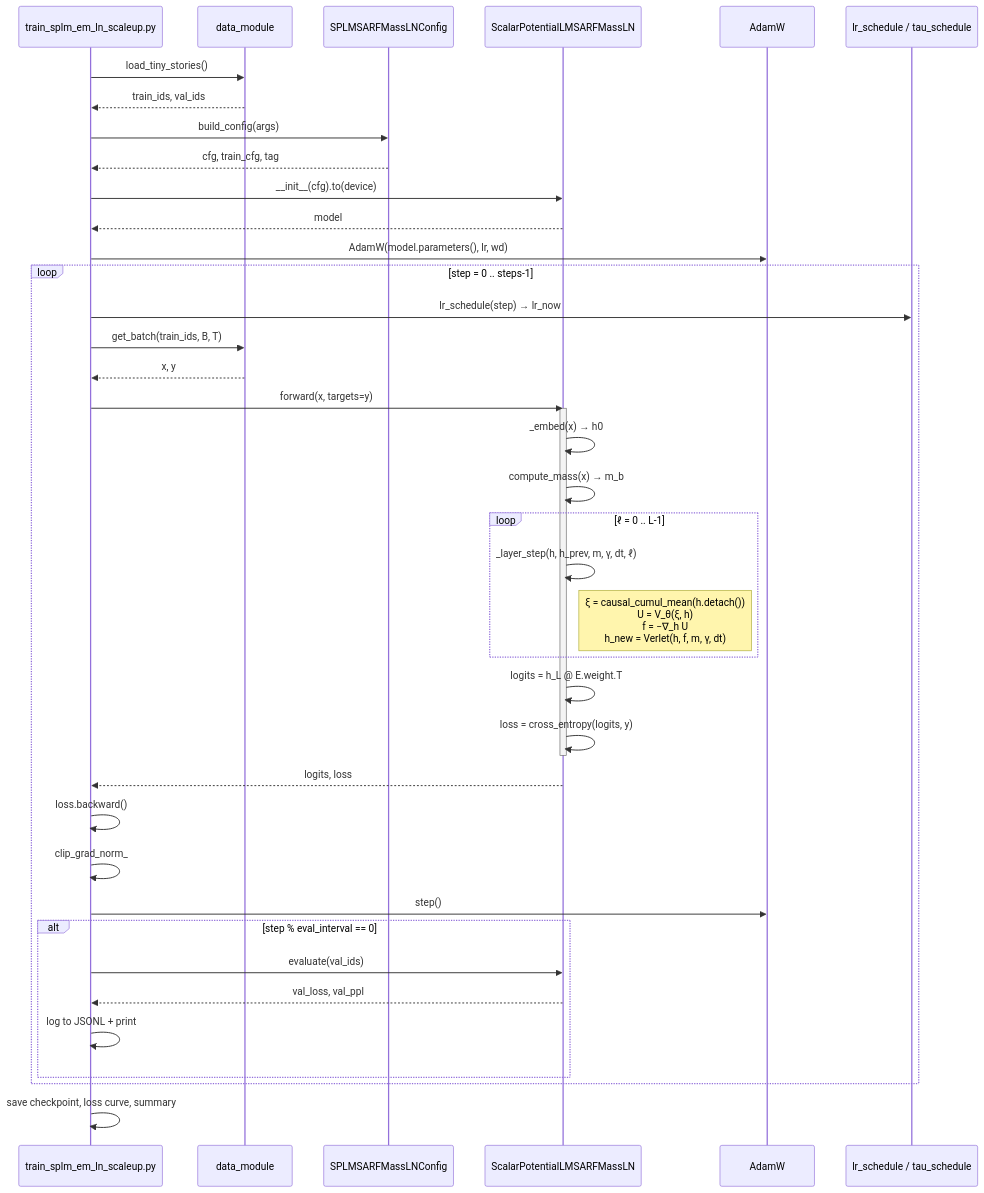
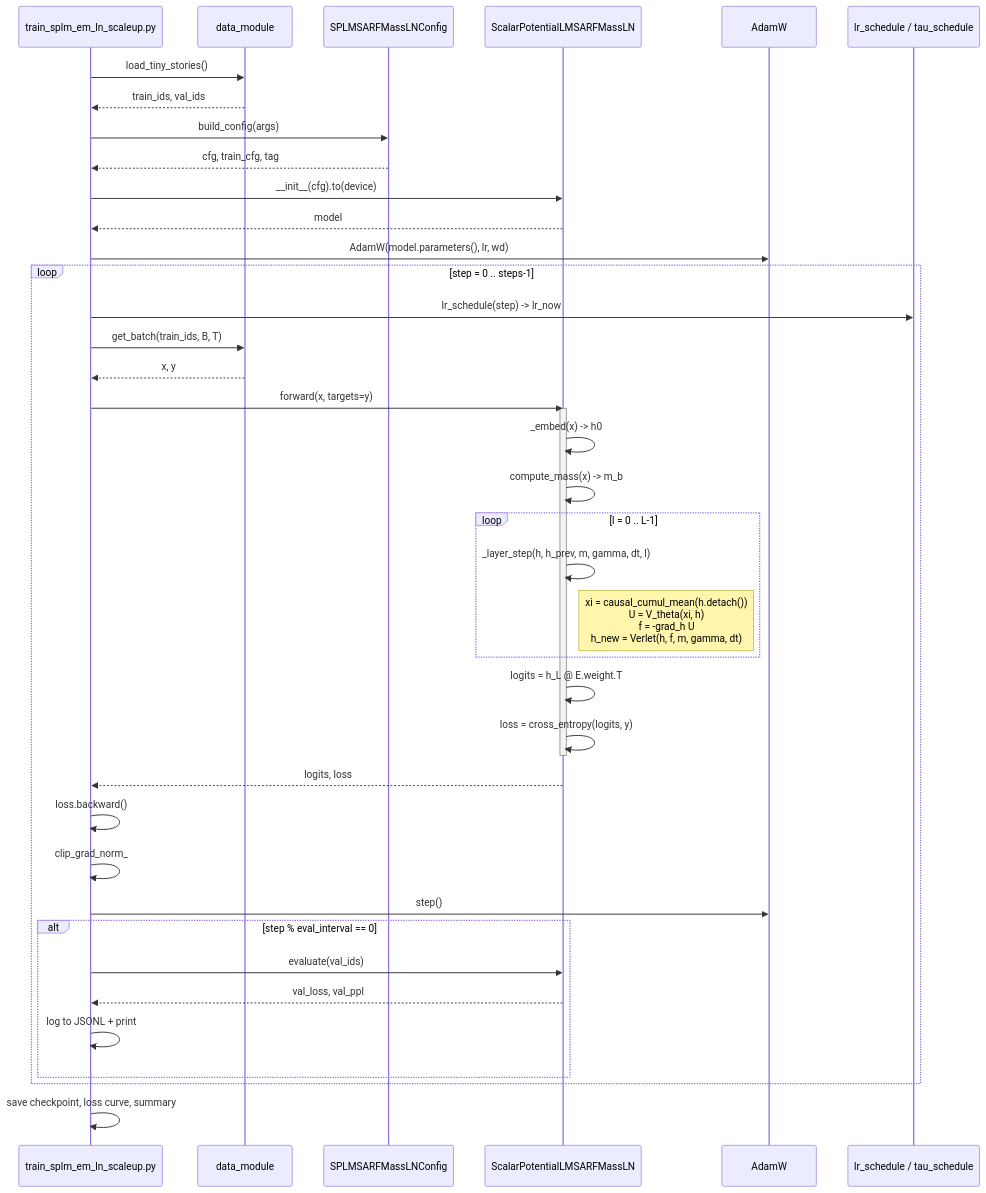
Diagram 13 of 17 in SOFTWARE_ARCHITECTURE.md (dimitarpg13/semsimula-paper), drawn with Mermaid before and after one commit. The commit also changed other lines of this file, not shown here.

Commit message:
add software class diagrams markdown

````diff
--- a/SOFTWARE_ARCHITECTURE.md
+++ b/SOFTWARE_ARCHITECTURE.md
@@ -874,51 +921,51 @@
 ```mermaid
 sequenceDiagram
     participant Main as train_splm_em_ln_scaleup.py
     participant DM as data_module
     participant Cfg as SPLMSARFMassLNConfig
     participant Model as ScalarPotentialLMSARFMassLN
     participant Optim as AdamW
     participant Sched as lr_schedule / tau_schedule
 
     Main->>DM: load_tiny_stories()
     DM-->>Main: train_ids, val_ids
 
     Main->>Cfg: build_config(args)
     Cfg-->>Main: cfg, train_cfg, tag
 
     Main->>Model: __init__(cfg).to(device)
     Model-->>Main: model
 
     Main->>Optim: AdamW(model.parameters(), lr, wd)
 
     loop step = 0 .. steps-1
-        Main->>Sched: lr_schedule(step) → lr_now
+        Main->>Sched: lr_schedule(step) -> lr_now
         Main->>DM: get_batch(train_ids, B, T)
         DM-->>Main: x, y
 
         Main->>Model: forward(x, targets=y)
         activate Model
-        Model->>Model: _embed(x) → h0
-        Model->>Model: compute_mass(x) → m_b
-        loop ℓ = 0 .. L-1
-            Model->>Model: _layer_step(h, h_prev, m, γ, dt, ℓ)
-            Note right of Model: ξ = causal_cumul_mean(h.detach())<br/>U = V_θ(ξ, h)<br/>f = −∇_h U<br/>h_new = Verlet(h, f, m, γ, dt)
+        Model->>Model: _embed(x) -> h0
+        Model->>Model: compute_mass(x) -> m_b
+        loop l = 0 .. L-1
+            Model->>Model: _layer_step(h, h_prev, m, gamma, dt, l)
+            Note right of Model: xi = causal_cumul_mean(h.detach())<br>U = V_theta(xi, h)<br>f = -grad_h U<br>h_new = Verlet(h, f, m, gamma, dt)
         end
         Model->>Model: logits = h_L @ E.weight.T
         Model->>Model: loss = cross_entropy(logits, y)
         deactivate Model
         Model-->>Main: logits, loss
 
         Main->>Main: loss.backward()
         Main->>Main: clip_grad_norm_
         Main->>Optim: step()
 
         alt step % eval_interval == 0
             Main->>Model: evaluate(val_ids)
             Model-->>Main: val_loss, val_ppl
             Main->>Main: log to JSONL + print
         end
     end
 
     Main->>Main: save checkpoint, loss curve, summary
 ```
````
